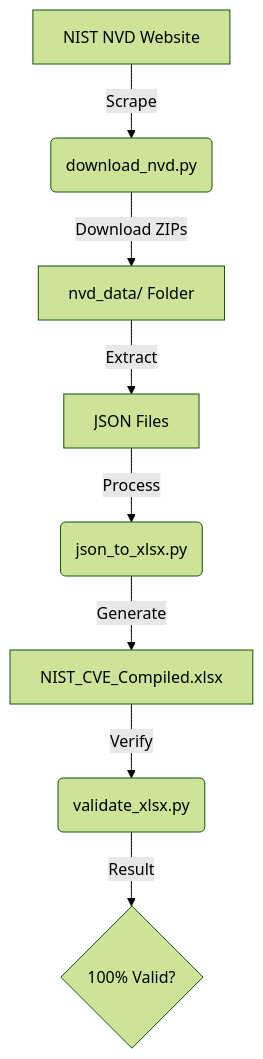
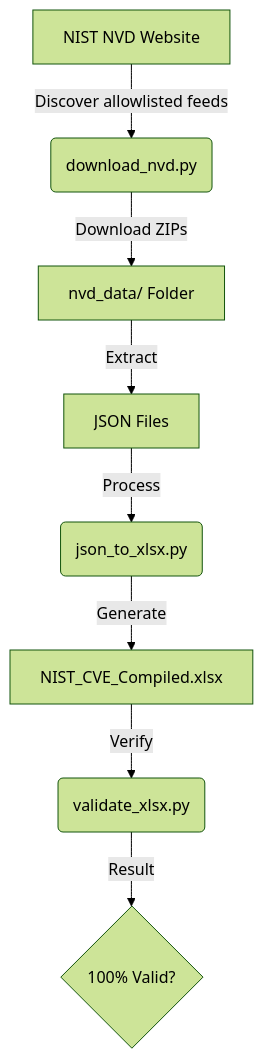
One commit to ZeroXSHDW/NIST_NVD_CVE_2.0_Convertor_JSON_To_XSLX changed the diagram in README.md. Above: the diagram before and after it, drawn with Mermaid (forest theme). The commit also changed other lines of this file and 2 other files, not shown here.

Commit message:
ci: enforce NIST patch hygiene order

````diff
--- a/README.md
+++ b/README.md
@@ -31,10 +43,10 @@
 ```mermaid
 graph TD
-    A[NIST NVD Website] -->|Scrape| B(download_nvd.py)
+    A[NIST NVD Website] -->|Discover allowlisted feeds| B(download_nvd.py)
     B -->|Download ZIPs| C[nvd_data/ Folder]
     C -->|Extract| D[JSON Files]
     D -->|Process| E(json_to_xlsx.py)
     E -->|Generate| F[NIST_CVE_Compiled.xlsx]
     F -->|Verify| G(validate_xlsx.py)
     G -->|Result| H{100% Valid?}
 ```
````
